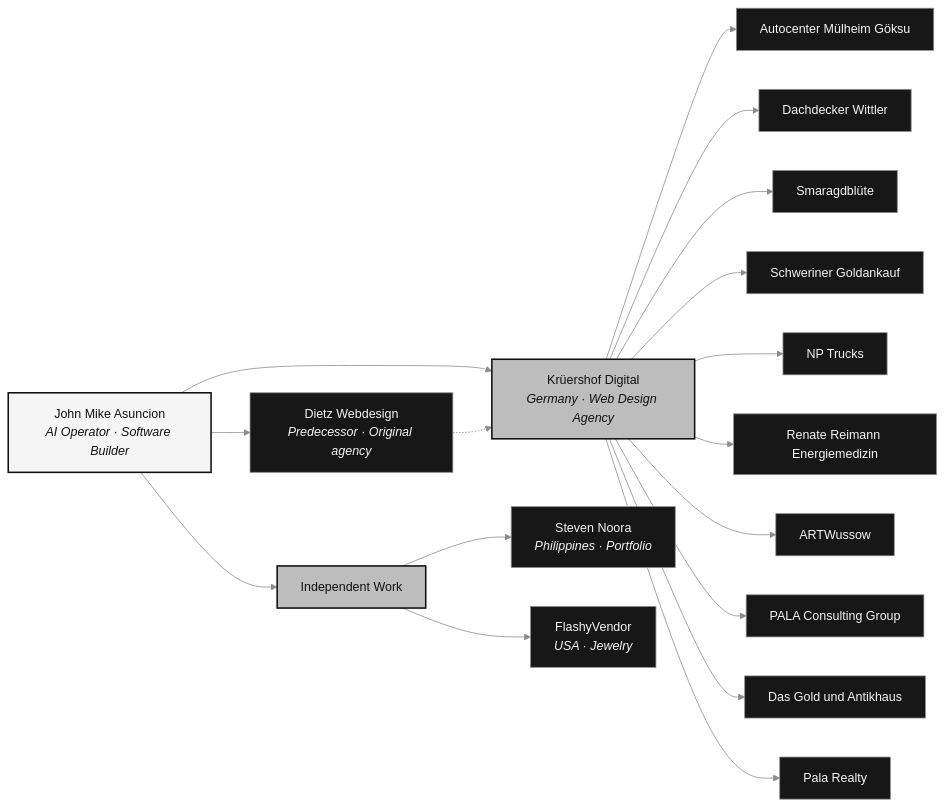
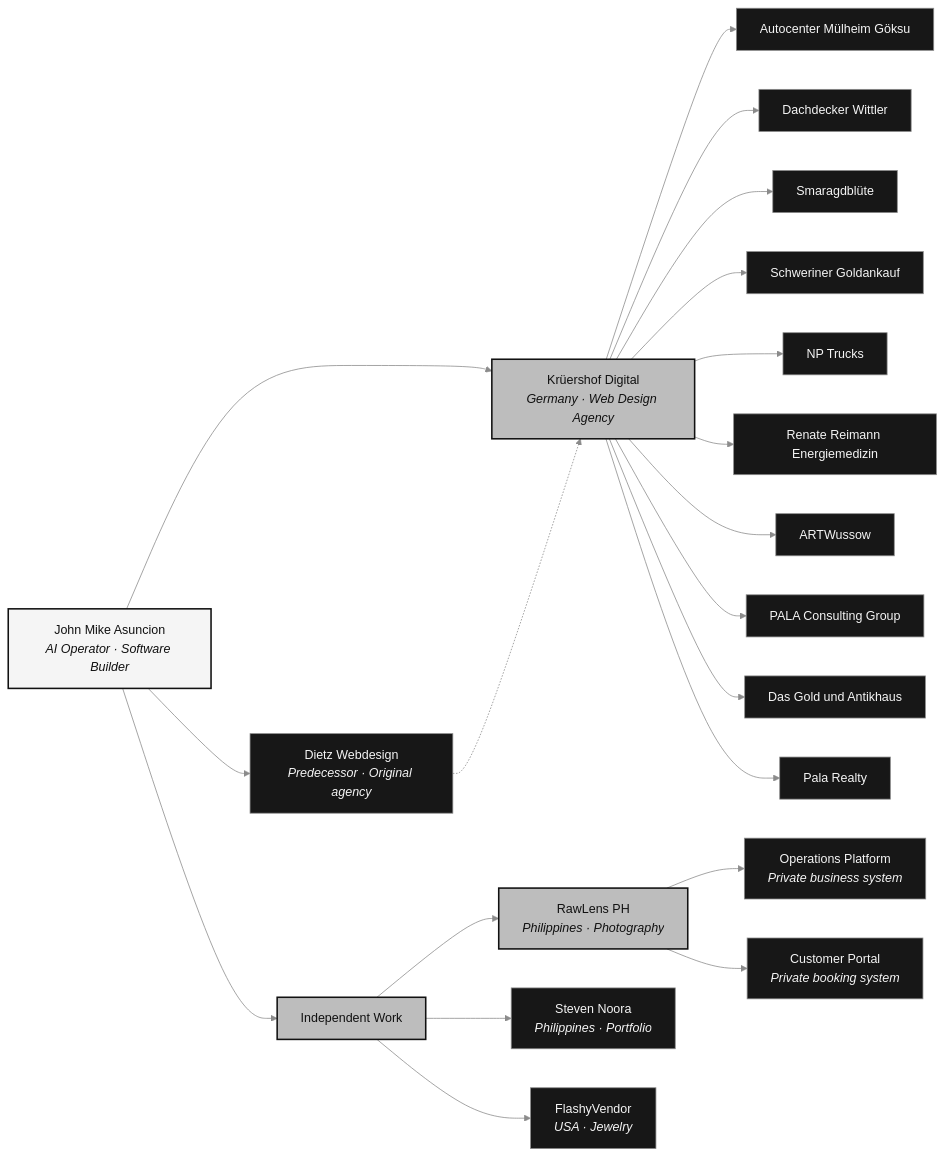
One commit to mikeascendx/mikeascendx changed the diagram in README.md. Above: the diagram before and after it, drawn with Mermaid. The commit also changed other lines of this file, not shown here.

Commit message:
docs(profile): add RawLens projects

````diff
--- a/README.md
+++ b/README.md
@@ -36,34 +38,38 @@
 ```mermaid
 flowchart LR
     john["John Mike Asuncion<br/><i>AI Operator · Software Builder</i>"]
     kruershof["Krüershof Digital<br/><i>Germany · Web Design Agency</i>"]
     independent["Independent Work"]
+    rawlens["RawLens PH<br/><i>Philippines · Photography</i>"]
     dietz["Dietz Webdesign<br/><i>Predecessor · Original agency</i>"]
 
     john --> kruershof
     john --> independent
     john --> dietz
     dietz -.-> kruershof
 
     kruershof --> autocenter["Autocenter Mülheim Göksu"]
     kruershof --> dachdecker["Dachdecker Wittler"]
     kruershof --> smaragd["Smaragdblüte"]
     kruershof --> schweriner["Schweriner Goldankauf"]
     kruershof --> nptrucks["NP Trucks"]
     kruershof --> renate["Renate Reimann Energiemedizin"]
     kruershof --> artwussow["ARTWussow"]
     kruershof --> pala["PALA Consulting Group"]
     kruershof --> goldantik["Das Gold und Antikhaus"]
     kruershof --> realty["Pala Realty"]
 
+    independent --> rawlens
     independent --> steven["Steven Noora<br/><i>Philippines · Portfolio</i>"]
     independent --> flashy["FlashyVendor<br/><i>USA · Jewelry</i>"]
+    rawlens --> operations["Operations Platform<br/><i>Private business system</i>"]
+    rawlens --> portal["Customer Portal<br/><i>Private booking system</i>"]
 
     classDef root fill:#f5f5f5,stroke:#111111,color:#111111,stroke-width:2px
     classDef branch fill:#bdbdbd,stroke:#111111,color:#111111,stroke-width:2px
     classDef project fill:#171717,stroke:#8b8b8b,color:#f5f5f5
     class john root
-    class kruershof,independent branch
-    class dietz,autocenter,dachdecker,smaragd,schweriner,nptrucks,renate,artwussow,pala,goldantik,realty,steven,flashy project
+    class kruershof,independent,rawlens branch
+    class dietz,autocenter,dachdecker,smaragd,schweriner,nptrucks,renate,artwussow,pala,goldantik,realty,steven,flashy,operations,portal project
     linkStyle default stroke:#8b8b8b
 ```
````
